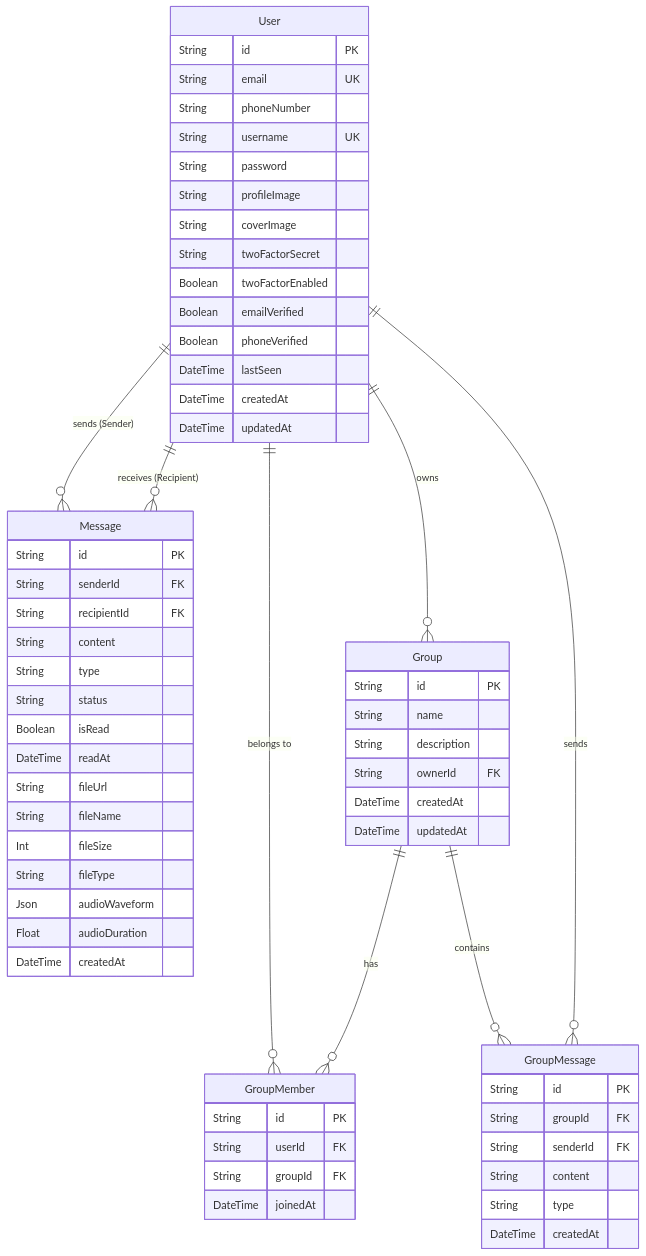
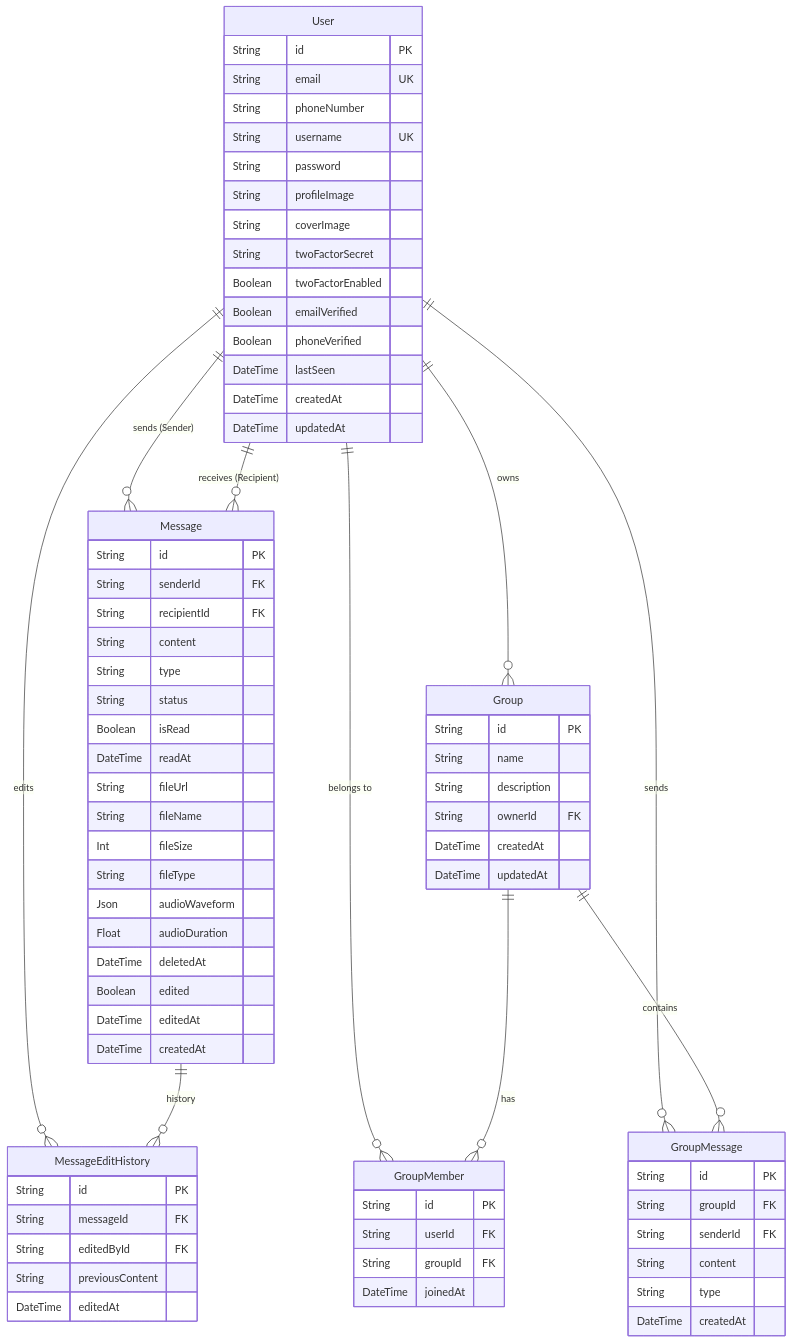
The diagram in Documentation/Database/SCHEMA.md (neofuture/chatr), drawn with Mermaid before and after one commit. The commit also changed other lines of this file and 8 other files, not shown here.

````diff
--- a/Documentation/Database/SCHEMA.md
+++ b/Documentation/Database/SCHEMA.md
@@ -40,7 +40,18 @@
         String fileType
         Json audioWaveform
         Float audioDuration
+        DateTime deletedAt
+        Boolean edited
+        DateTime editedAt
         DateTime createdAt
+    }
+
+    MessageEditHistory {
+        String id PK
+        String messageId FK
+        String editedById FK
+        String previousContent
+        DateTime editedAt
     }
 
     Group {
@@ -73,6 +84,8 @@
     User ||--o{ GroupMember : "belongs to"
     User ||--o{ Group : "owns"
     User ||--o{ GroupMessage : "sends"
+    User ||--o{ MessageEditHistory : "edits"
     Group ||--o{ GroupMember : "has"
     Group ||--o{ GroupMessage : "contains"
+    Message ||--o{ MessageEditHistory : "history"
 ```
````
